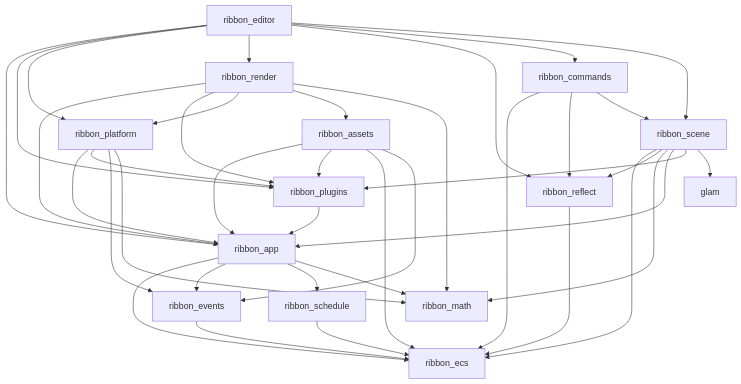
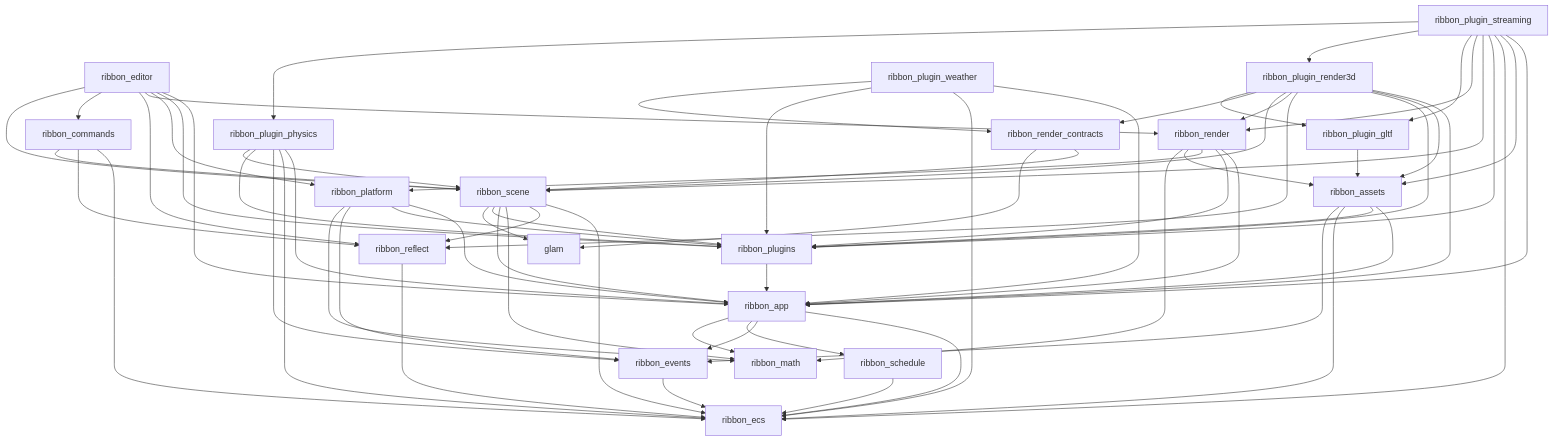
The diagram in ARCHITECTURE.md (ibrahimMohamed124/ribbon_engine), drawn with Mermaid before and after one commit. The commit also changed other lines of this file and 100 other files, not shown here.

Commit message:
docs(engine): organize architecture and recovery guidance

````diff
--- a/ARCHITECTURE.md
+++ b/ARCHITECTURE.md
@@ -28,16 +28,22 @@
 ```mermaid
 graph TD
   math[ribbon_math]
   ecs[ribbon_ecs]
   events[ribbon_events] --> ecs
   schedule[ribbon_schedule] --> ecs
   reflect[ribbon_reflect] --> ecs
   app[ribbon_app] --> ecs & events & schedule & math
   plugins[ribbon_plugins] --> app
   platform[ribbon_platform] --> app & plugins & events & math
   assets[ribbon_assets] --> app & plugins & ecs & events
   scene[ribbon_scene] --> ecs & reflect & math & app & plugins & glam
+  render_contracts[ribbon_render_contracts] --> scene & glam
   render[ribbon_render] --> app & plugins & platform & assets & math
   commands[ribbon_commands] --> ecs & reflect & scene
   editor[ribbon_editor] --> app & plugins & platform & render & reflect & commands & scene
+  render3d[ribbon_plugin_render3d] --> app & assets & plugins & reflect & render & scene & render_contracts & gltf
+  gltf[ribbon_plugin_gltf] --> assets
+  physics[ribbon_plugin_physics] --> app & ecs & events & plugins & scene
+  streaming[ribbon_plugin_streaming] --> app & assets & ecs & plugins & scene & render & gltf & render3d & physics
+  weather[ribbon_plugin_weather] --> app & ecs & plugins & render_contracts
 ```
````
